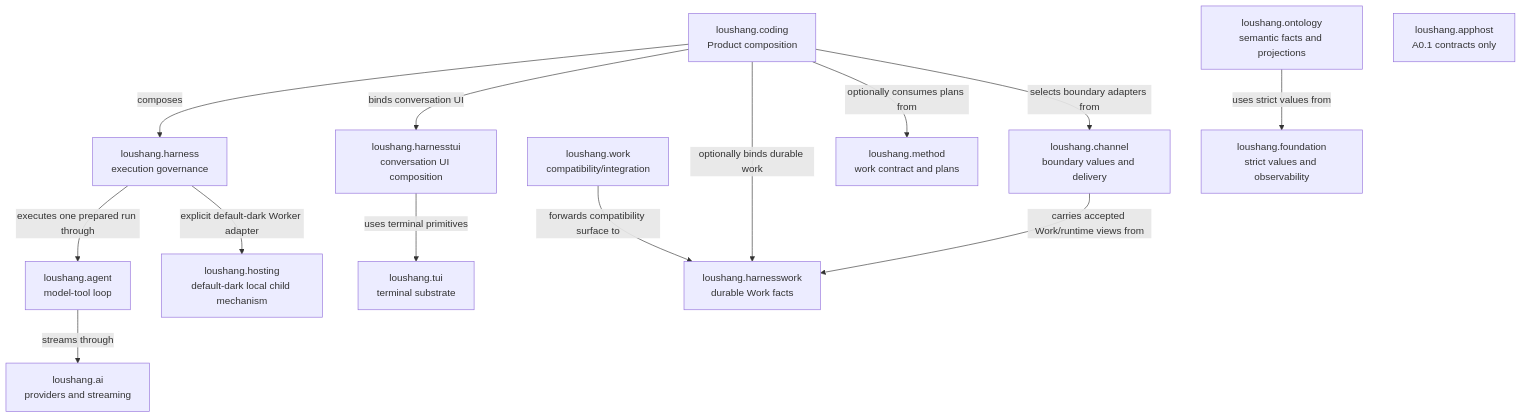
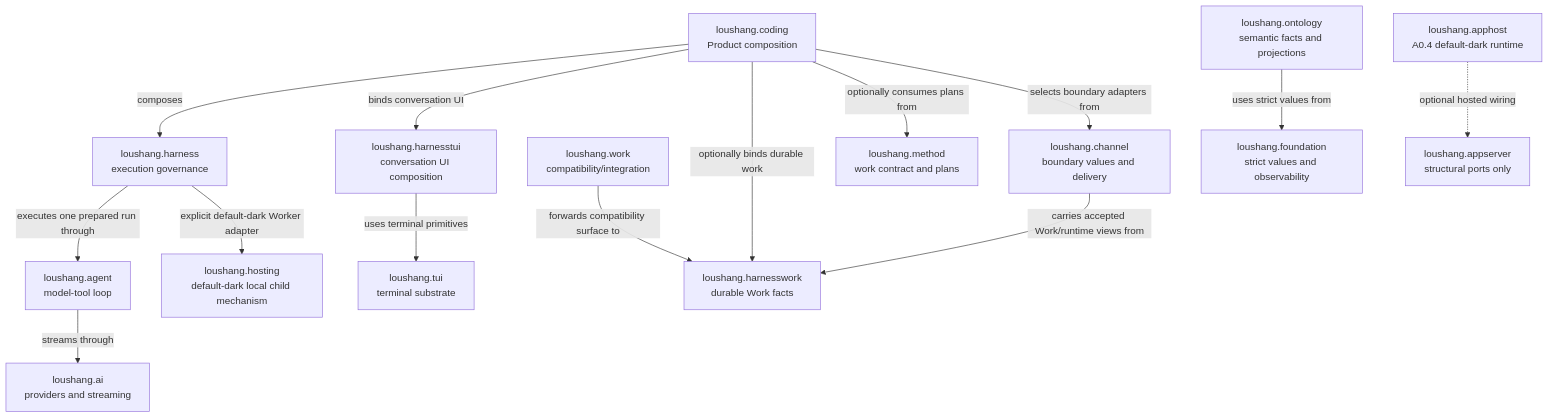
Before and after one commit to zhnt/loushang: the first of 2 diagrams in docs/internals/architecture/subsystem-diagram.md, drawn with Mermaid. The commit also changed 35 other files, not shown here.

Commit message:
feat(apphost): add runtime and hosted binding

````diff
--- a/docs/internals/architecture/subsystem-diagram.md
+++ b/docs/internals/architecture/subsystem-diagram.md
@@ -23,33 +23,35 @@
 ```mermaid
 flowchart TD
     CODING["loushang.coding\nProduct composition"]
     HARNESS["loushang.harness\nexecution governance"]
     AGENT["loushang.agent\nmodel-tool loop"]
     AI["loushang.ai\nproviders and streaming"]
     HTUI["loushang.harnesstui\nconversation UI composition"]
     TUI["loushang.tui\nterminal substrate"]
     HWORK["loushang.harnesswork\ndurable Work facts"]
     WORK["loushang.work\ncompatibility/integration"]
     METHOD["loushang.method\nwork contract and plans"]
     CHANNEL["loushang.channel\nboundary values and delivery"]
     ONTOLOGY["loushang.ontology\nsemantic facts and projections"]
     FOUNDATION["loushang.foundation\nstrict values and observability"]
     HOSTING["loushang.hosting\ndefault-dark local child mechanism"]
-    APPHOST["loushang.apphost\nA0.1 contracts only"]
+    APPHOST["loushang.apphost\nA0.4 default-dark runtime"]
+    APPSERVER["loushang.appserver\nstructural ports only"]
 
     CODING -->|composes| HARNESS
     HARNESS -->|executes one prepared run through| AGENT
     AGENT -->|streams through| AI
+    APPHOST -.->|optional hosted wiring| APPSERVER
 
     CODING -->|binds conversation UI| HTUI
     HTUI -->|uses terminal primitives| TUI
 
     CODING -->|optionally binds durable work| HWORK
     WORK -->|forwards compatibility surface to| HWORK
     CODING -->|optionally consumes plans from| METHOD
     CODING -->|selects boundary adapters from| CHANNEL
     CHANNEL -->|carries accepted Work/runtime views from| HWORK
 
     ONTOLOGY -->|uses strict values from| FOUNDATION
     HARNESS -->|explicit default-dark Worker adapter| HOSTING
 ```
````
